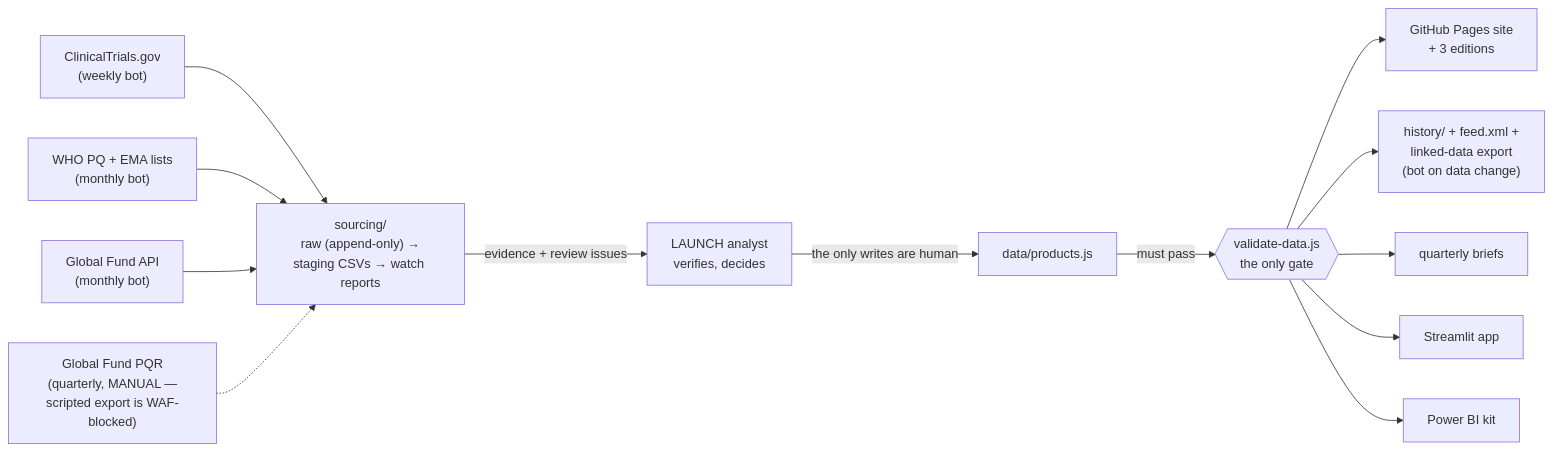
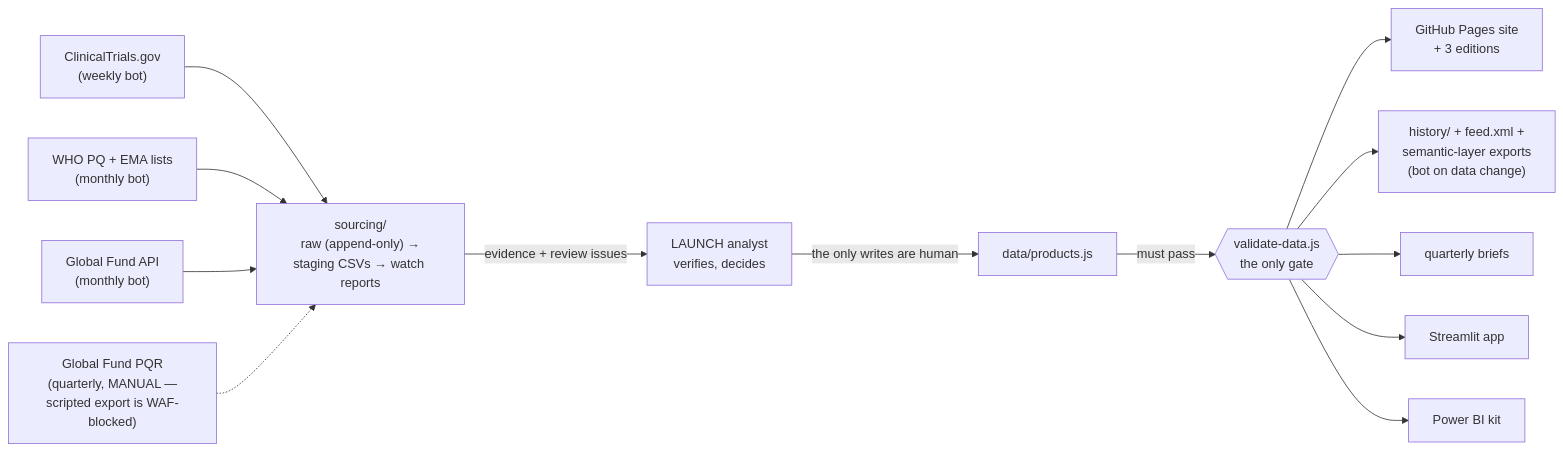
Before and after one commit to kochrisdev/launch-transparency-dashboard: the second of 2 diagrams in docs/project-explainer.md, drawn with Mermaid. The commit also changed other lines of this file and 6 other files, not shown here.

````diff
--- a/docs/project-explainer.md
+++ b/docs/project-explainer.md
@@ -227,15 +227,15 @@
 ```mermaid
 flowchart LR
   CT["ClinicalTrials.gov<br/>(weekly bot)"] --> SRC
   WHOEMA["WHO PQ + EMA lists<br/>(monthly bot)"] --> SRC
   GF["Global Fund API<br/>(monthly bot)"] --> SRC
   PQR["Global Fund PQR<br/>(quarterly, MANUAL —<br/>scripted export is WAF-blocked)"] -.-> SRC
   SRC["sourcing/<br/>raw (append-only) →<br/>staging CSVs → watch reports"] -->|"evidence + review issues"| AN["LAUNCH analyst<br/>verifies, decides"]
   AN -->|"the only writes are human"| DATA["data/products.js"]
   DATA -->|"must pass"| VAL{{"validate-data.js<br/>the only gate"}}
   VAL --> SITE["GitHub Pages site<br/>+ 3 editions"]
-  VAL --> HIST["history/ + feed.xml +<br/>linked-data export<br/>(bot on data change)"]
+  VAL --> HIST["history/ + feed.xml +<br/>semantic-layer exports<br/>(bot on data change)"]
   VAL --> BRIEF["quarterly briefs"]
   VAL --> ST["Streamlit app"]
   VAL --> PBI["Power BI kit"]
 ```
````
